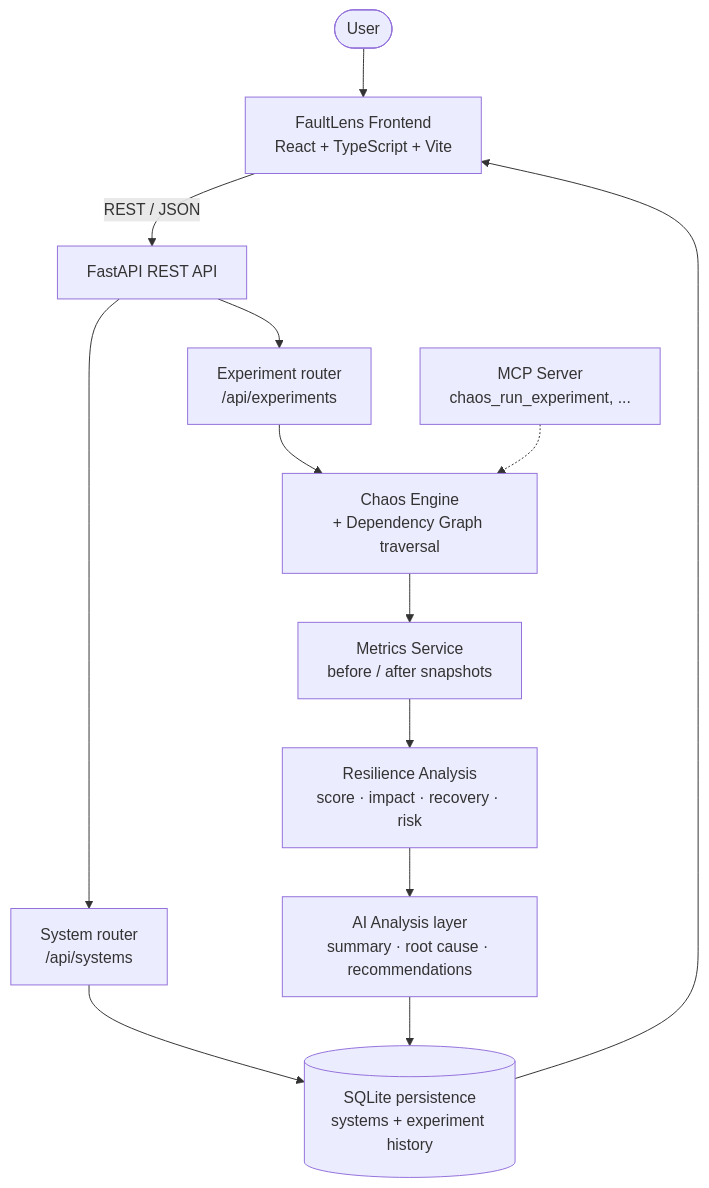
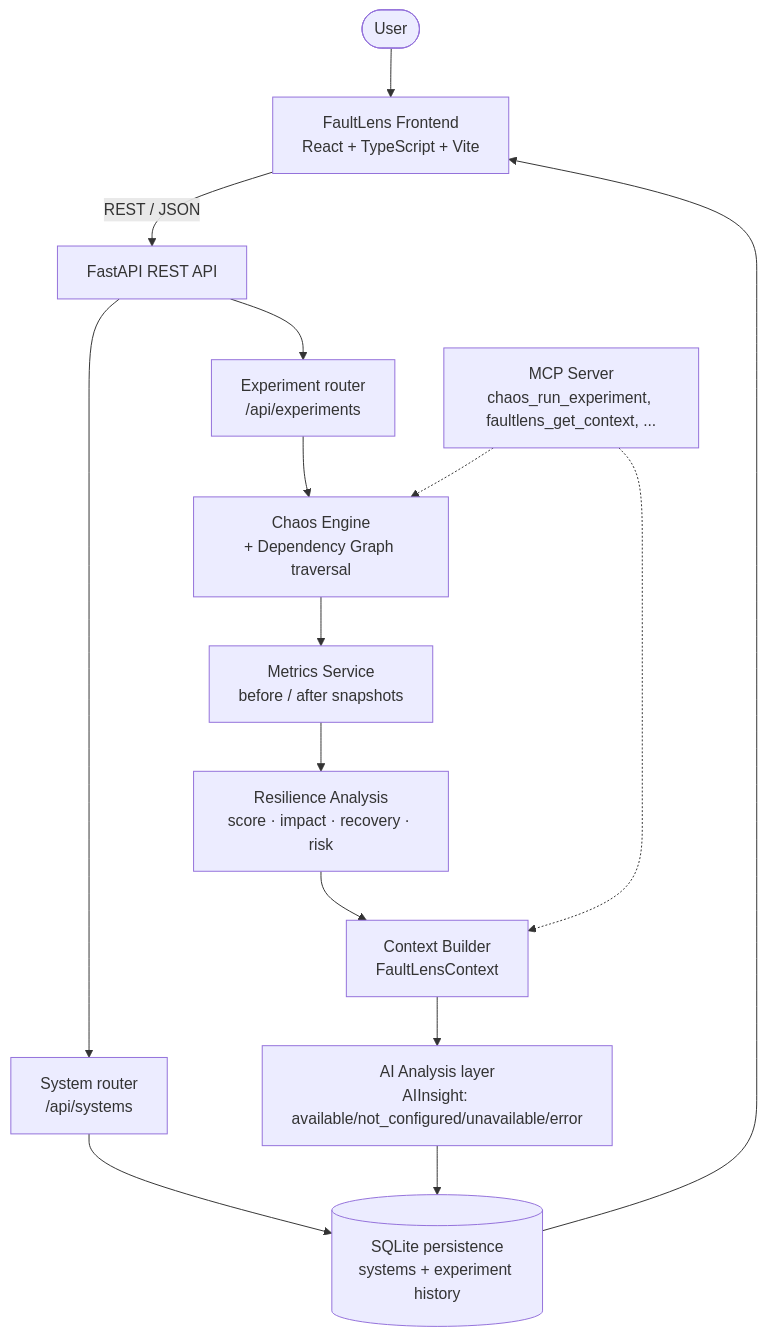
One commit to Samil-dev/FaultLens changed the second of 2 diagrams in README.md. Above: the diagram before and after it, drawn with Mermaid. The commit also changed other lines of this file and 1 other file, not shown here.

First line of the commit message:
docs: document the AI Context Pipeline, IBM Bob integration, and current limitations

````diff
--- a/README.md
+++ b/README.md
@@ -173,15 +209,17 @@
 ```mermaid
 flowchart TD
     User(["User"]) --> FE["FaultLens Frontend<br/>React + TypeScript + Vite"]
     FE -->|REST / JSON| API["FastAPI REST API"]
     API --> SysR["System router<br/>/api/systems"]
     API --> ExpR["Experiment router<br/>/api/experiments"]
     ExpR --> Chaos["Chaos Engine<br/>+ Dependency Graph traversal"]
     Chaos --> Metrics["Metrics Service<br/>before / after snapshots"]
     Metrics --> Resilience["Resilience Analysis<br/>score · impact · recovery · risk"]
-    Resilience --> AI["AI Analysis layer<br/>summary · root cause · recommendations"]
+    Resilience --> CB["Context Builder<br/>FaultLensContext"]
+    CB --> AI["AI Analysis layer<br/>AIInsight: available/not_configured/unavailable/error"]
     SysR --> Persist[("SQLite persistence<br/>systems + experiment history")]
     AI --> Persist
     Persist --> FE
-    MCP["MCP Server<br/>chaos_run_experiment, ..."] -.-> Chaos
+    MCP["MCP Server<br/>chaos_run_experiment, faultlens_get_context, ..."] -.-> Chaos
+    MCP -.-> CB
 ```
````
